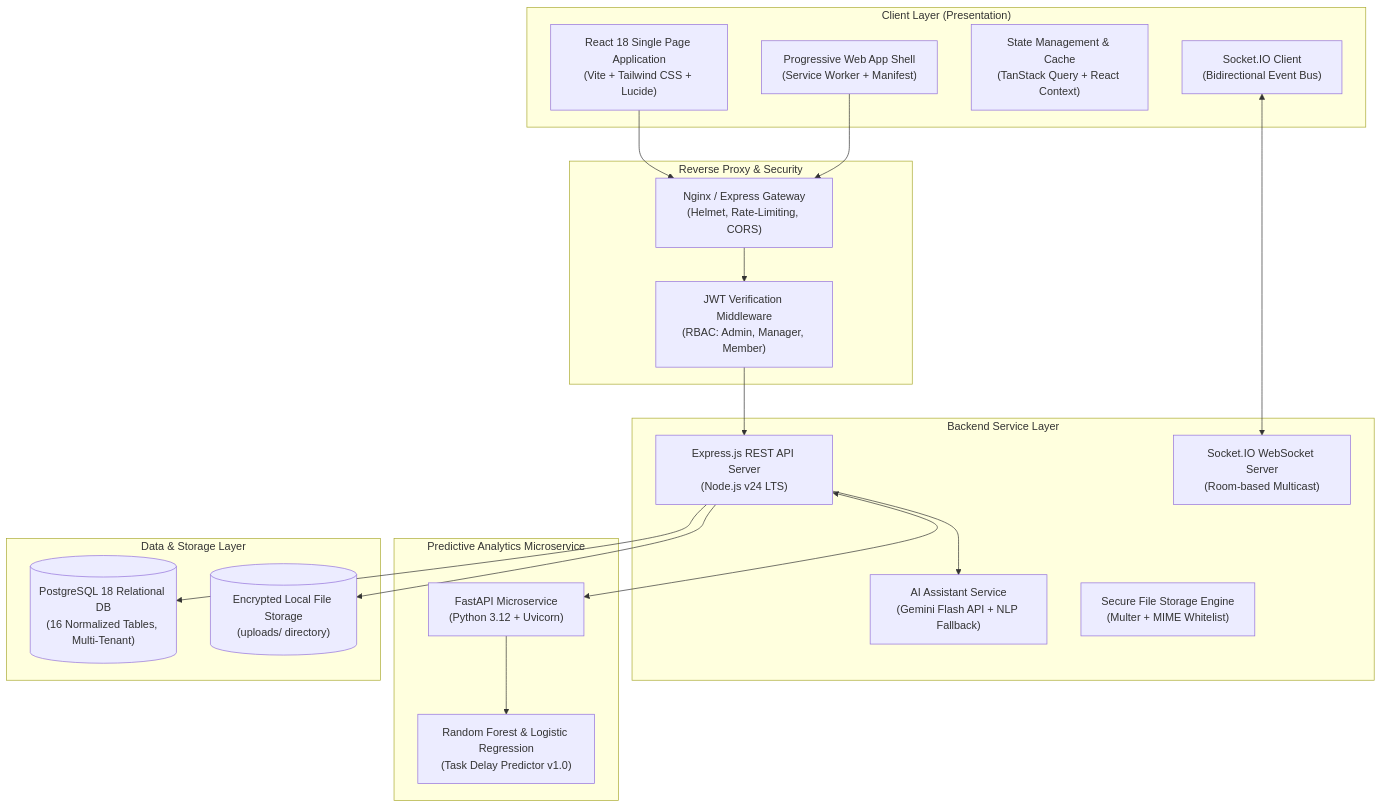
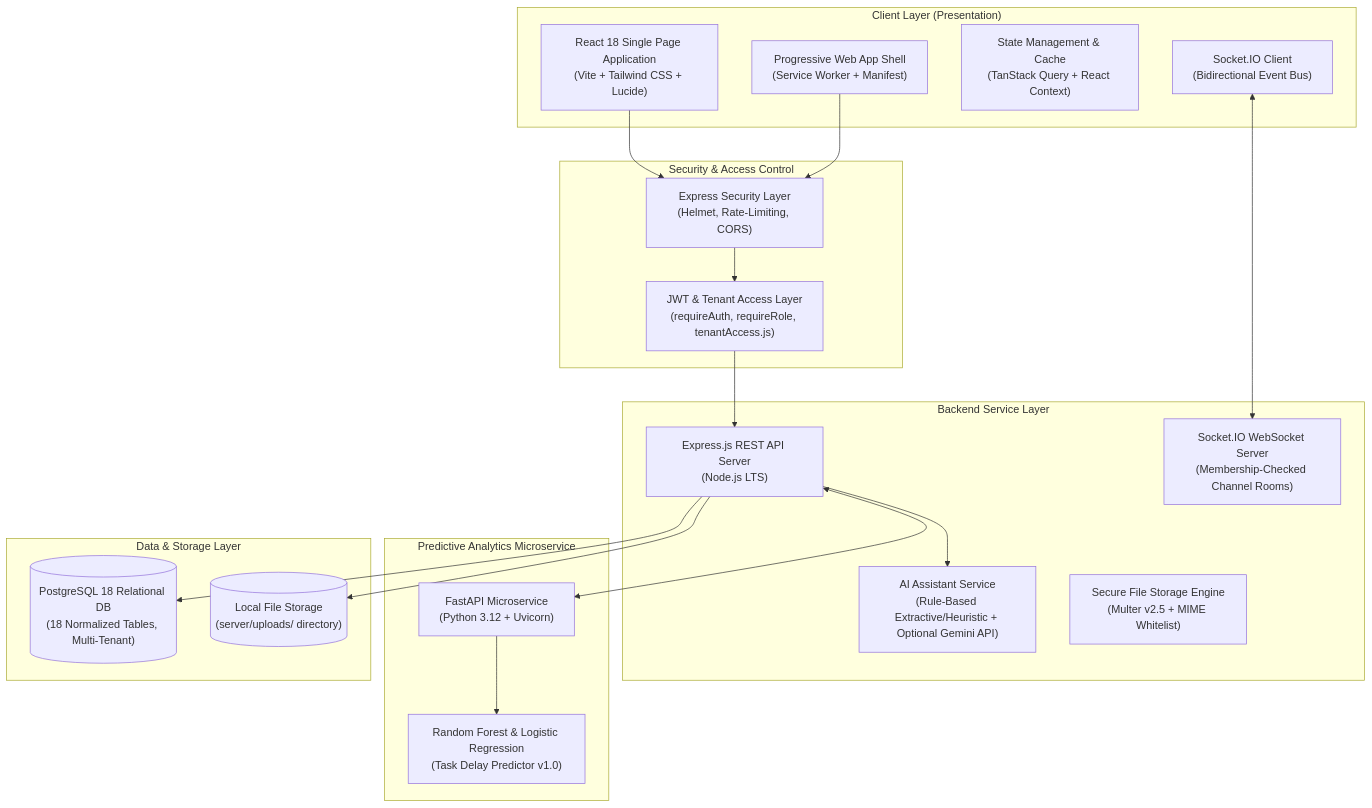
The first of 7 diagrams in docs/system_architecture_and_uml.md (Shivashankargouda4/ai-workspace-app), drawn with Mermaid before and after one commit. The commit also changed other lines of this file and 7 other files, not shown here.

Commit message:
docs: sync 18 tables, 36 test checks, tenantAccess isolation, and rule-based AI wording

````diff
--- a/docs/system_architecture_and_uml.md
+++ b/docs/system_architecture_and_uml.md
@@ -11,42 +11,42 @@
 ```mermaid
 graph TD
     subgraph ClientLayer ["Client Layer (Presentation)"]
         Browser["React 18 Single Page Application<br/>(Vite + Tailwind CSS + Lucide)"]
         PWA["Progressive Web App Shell<br/>(Service Worker + Manifest)"]
         State["State Management & Cache<br/>(TanStack Query + React Context)"]
         SocketClient["Socket.IO Client<br/>(Bidirectional Event Bus)"]
     end
 
-    subgraph GatewayLayer ["Reverse Proxy & Security"]
-        Nginx["Nginx / Express Gateway<br/>(Helmet, Rate-Limiting, CORS)"]
-        JWTAuth["JWT Verification Middleware<br/>(RBAC: Admin, Manager, Member)"]
+    subgraph GatewayLayer ["Security & Access Control"]
+        Gateway["Express Security Layer<br/>(Helmet, Rate-Limiting, CORS)"]
+        JWTAuth["JWT & Tenant Access Layer<br/>(requireAuth, requireRole, tenantAccess.js)"]
     end
 
     subgraph ServiceLayer ["Backend Service Layer"]
-        ExpressApp["Express.js REST API Server<br/>(Node.js v24 LTS)"]
-        SocketServer["Socket.IO WebSocket Server<br/>(Room-based Multicast)"]
-        AIController["AI Assistant Service<br/>(Gemini Flash API + NLP Fallback)"]
-        FileService["Secure File Storage Engine<br/>(Multer + MIME Whitelist)"]
+        ExpressApp["Express.js REST API Server<br/>(Node.js LTS)"]
+        SocketServer["Socket.IO WebSocket Server<br/>(Membership-Checked Channel Rooms)"]
+        AIController["AI Assistant Service<br/>(Rule-Based Extractive/Heuristic + Optional Gemini API)"]
+        FileService["Secure File Storage Engine<br/>(Multer v2.5 + MIME Whitelist)"]
     end
 
     subgraph MLLayer ["Predictive Analytics Microservice"]
         FastAPI["FastAPI Microservice<br/>(Python 3.12 + Uvicorn)"]
         MLModel["Random Forest & Logistic Regression<br/>(Task Delay Predictor v1.0)"]
     end
 
     subgraph PersistenceLayer ["Data & Storage Layer"]
-        Postgres[("PostgreSQL 18 Relational DB<br/>(16 Normalized Tables, Multi-Tenant)")]
-        DiskStorage[("Encrypted Local File Storage<br/>(uploads/ directory)")]
+        Postgres[("PostgreSQL 18 Relational DB<br/>(18 Normalized Tables, Multi-Tenant)")]
+        DiskStorage[("Local File Storage<br/>(server/uploads/ directory)")]
     end
 
-    Browser --> Nginx
-    PWA --> Nginx
+    Browser --> Gateway
+    PWA --> Gateway
     SocketClient <--> SocketServer
-    Nginx --> JWTAuth
+    Gateway --> JWTAuth
     JWTAuth --> ExpressApp
     ExpressApp --> Postgres
     ExpressApp <--> FastAPI
     FastAPI --> MLModel
     ExpressApp --> DiskStorage
     ExpressApp --> AIController
 ```
````
